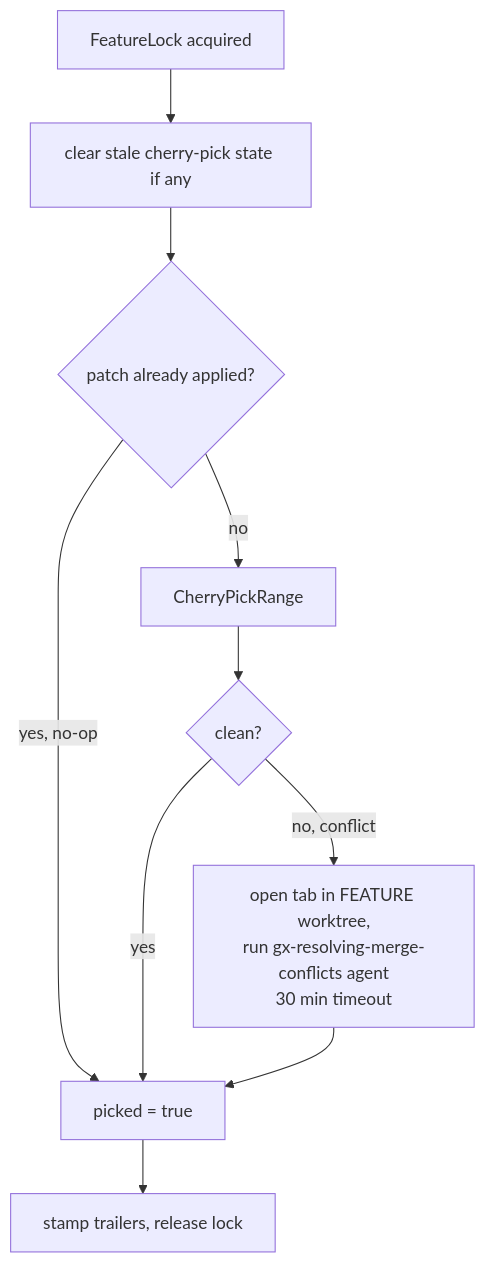
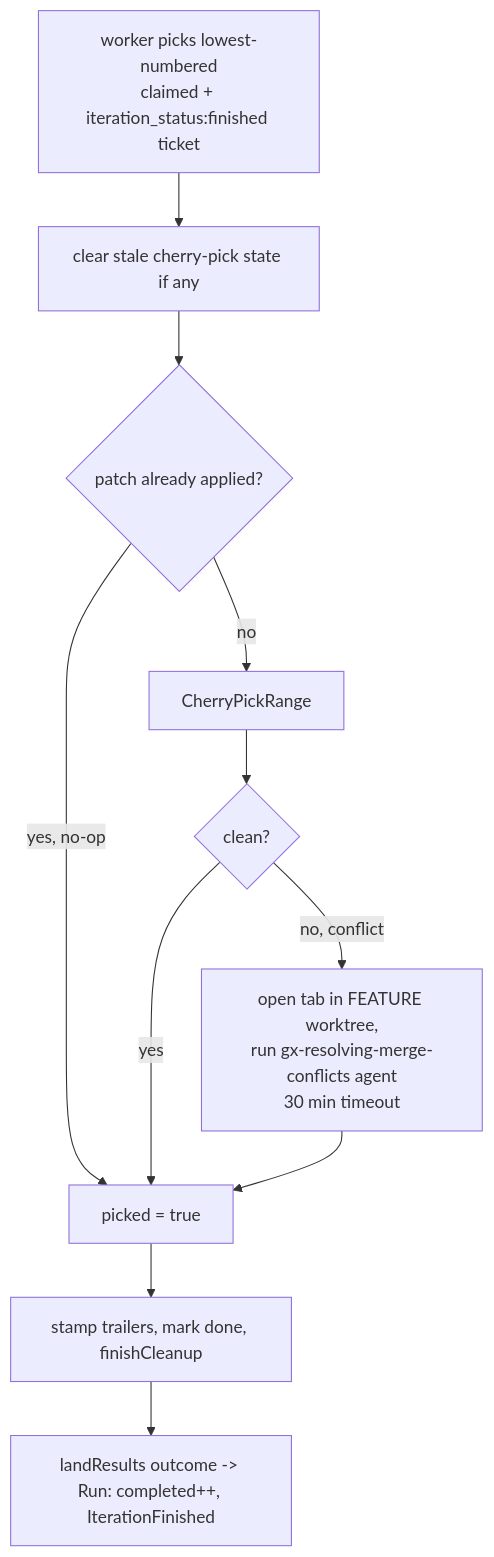
The third of 7 diagrams in docs/ralph-loop-queue-orchestrator.md (elentok/gx), drawn with Mermaid before and after one commit. The commit also changed other lines of this file and 12 other files, not shown here.

First line of the commit message:
conflict-lifecycle/04a2: Replace featureMu with a land-queue worker

````diff
--- a/docs/ralph-loop-queue-orchestrator.md
+++ b/docs/ralph-loop-queue-orchestrator.md
@@ -135,12 +158,13 @@
 ```mermaid
 flowchart TD
-    A[FeatureLock acquired] --> B[clear stale cherry-pick state if any]
+    A[worker picks lowest-numbered\nclaimed + iteration_status:finished ticket] --> B[clear stale cherry-pick state if any]
     B --> C{patch already applied?}
     C -->|yes, no-op| G[picked = true]
     C -->|no| D[CherryPickRange]
     D --> E{clean?}
     E -->|yes| G
     E -->|no, conflict| F[open tab in FEATURE worktree,\nrun gx-resolving-merge-conflicts agent\n30 min timeout]
     F --> G
-    G --> H[stamp trailers, release lock]
+    G --> H[stamp trailers, mark done, finishCleanup]
+    H --> I[landResults outcome -> Run: completed++, IterationFinished]
 ```
````
